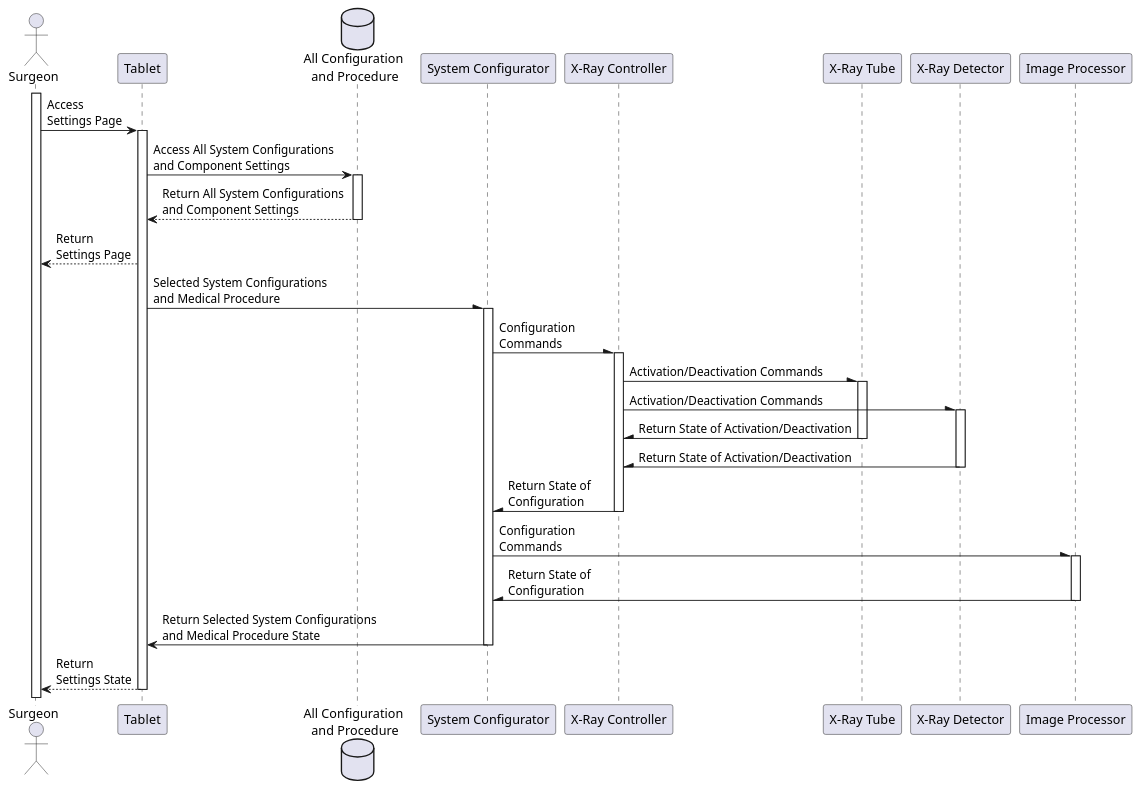
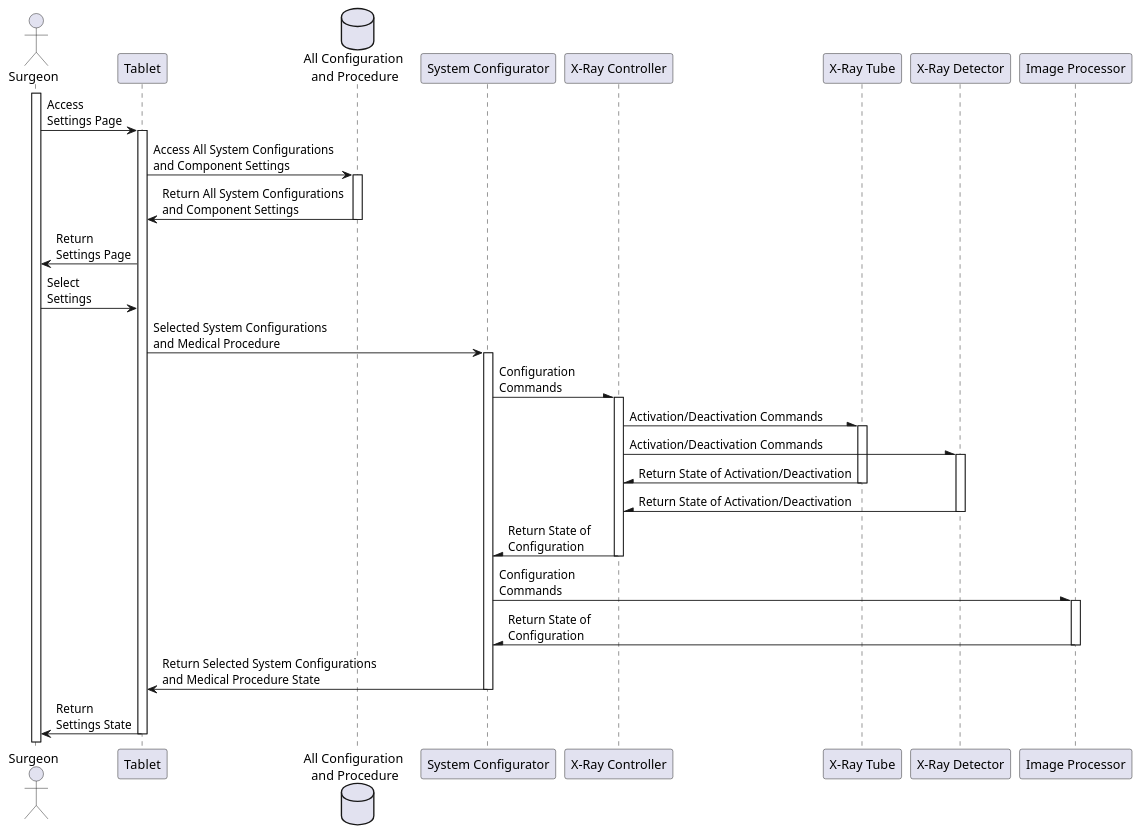
Before and after one commit to bartwc/SoftwareSystems: the diagram in 4-uml/sequence-config.puml, drawn with PlantUML. The commit also changed 2 other files, not shown here.

Commit message:
modified sequence-config

```diff
--- a/4-uml/sequence-config.puml
+++ b/4-uml/sequence-config.puml
@@ -1,60 +1,63 @@
 @startuml sequence-config
 
 actor "Surgeon" as actor_surgeon
 participant "Tablet" as participant_tablet
 database "All Configuration \nand Procedure" as data_sys_config_comp_set
 
 participant "System Configurator" as participant_sys_config
 participant "X-Ray Controller" as participant_xray_control
 
 participant "X-Ray Tube" as participant_xray_tube
 participant "X-Ray Detector" as participant_xray_detector
 participant "Image Processor" as participant_image_proc
 
 ' Design Part 1 - Start from Surgeon to Database
 activate actor_surgeon
 actor_surgeon -> participant_tablet: Access \nSettings Page
 activate participant_tablet
 participant_tablet -> data_sys_config_comp_set: Access All System Configurations \nand Component Settings
 activate data_sys_config_comp_set
-participant_tablet <-- data_sys_config_comp_set: Return All System Configurations \nand Component Settings
+participant_tablet <- data_sys_config_comp_set: Return All System Configurations \nand Component Settings
 deactivate data_sys_config_comp_set
-actor_surgeon <-- participant_tablet: Return \nSettings Page
+actor_surgeon <- participant_tablet: Return \nSettings Page
 ' Design Part 1 - End of Surgeon
 
+' Modification
+actor_surgeon -> participant_tablet: Select \nSettings
+
 ' Design Part 2 - Start from Tablet
-participant_tablet -\ participant_sys_config: Selected System Configurations \nand Medical Procedure
+participant_tablet -> participant_sys_config: Selected System Configurations \nand Medical Procedure
 
 ' Design Part 3 - System Configurator Onwards
 activate participant_sys_config
 participant_sys_config -\ participant_xray_control: Configuration \nCommands
 activate participant_xray_control
 
 participant_xray_control -\ participant_xray_tube: Activation/Deactivation Commands
 activate participant_xray_tube
 participant_xray_control -\ participant_xray_detector: Activation/Deactivation Commands
 activate participant_xray_detector
 
 participant_xray_control /- participant_xray_tube: Return State of Activation/Deactivation
 deactivate participant_xray_tube
 participant_xray_control /- participant_xray_detector: Return State of Activation/Deactivation
 deactivate participant_xray_detector
 
 participant_sys_config /- participant_xray_control: Return State of \nConfiguration
 deactivate participant_xray_control
 
 participant_sys_config -\ participant_image_proc: Configuration \nCommands
 activate participant_image_proc
 participant_sys_config /- participant_image_proc: Return State of \nConfiguration
 deactivate participant_image_proc
 ' Design Part 3 - End of System Configurator
 
 ' Design Part 2 - End of Tablet
 participant_tablet <- participant_sys_config: Return Selected System Configurations \nand Medical Procedure State
 deactivate participant_sys_config
 
 ' Design Part 1 - End of Surgeon
-actor_surgeon <-- participant_tablet: Return \nSettings State
+actor_surgeon <- participant_tablet: Return \nSettings State
 deactivate participant_tablet
 
 @enduml
```
